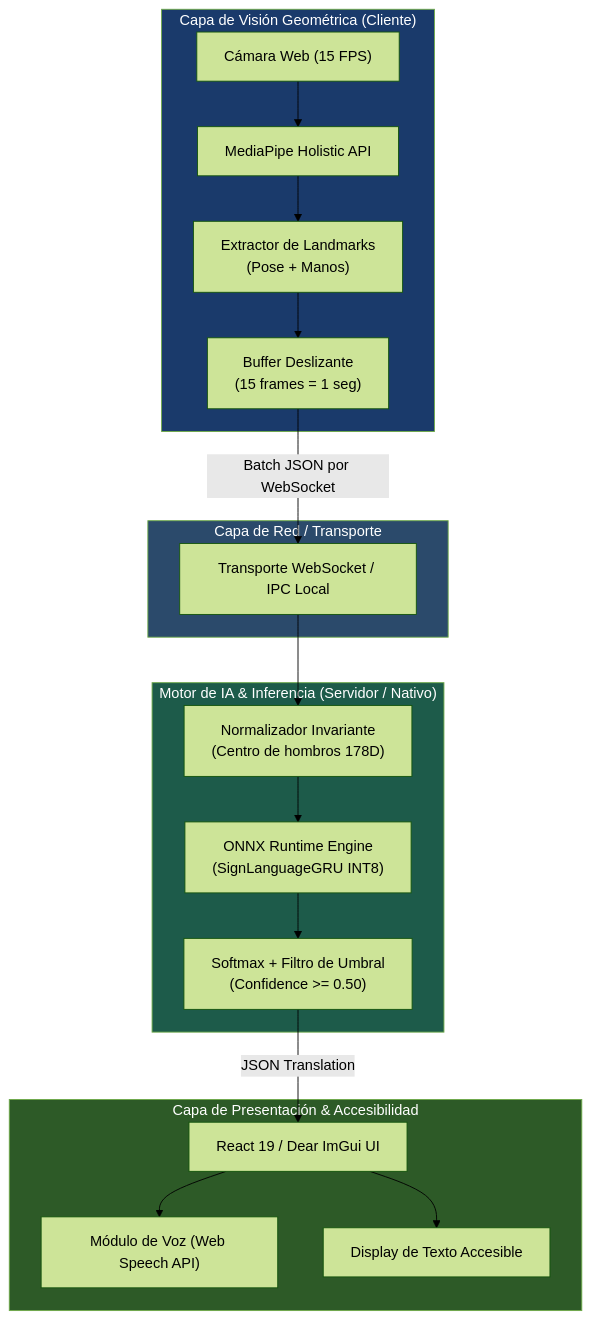
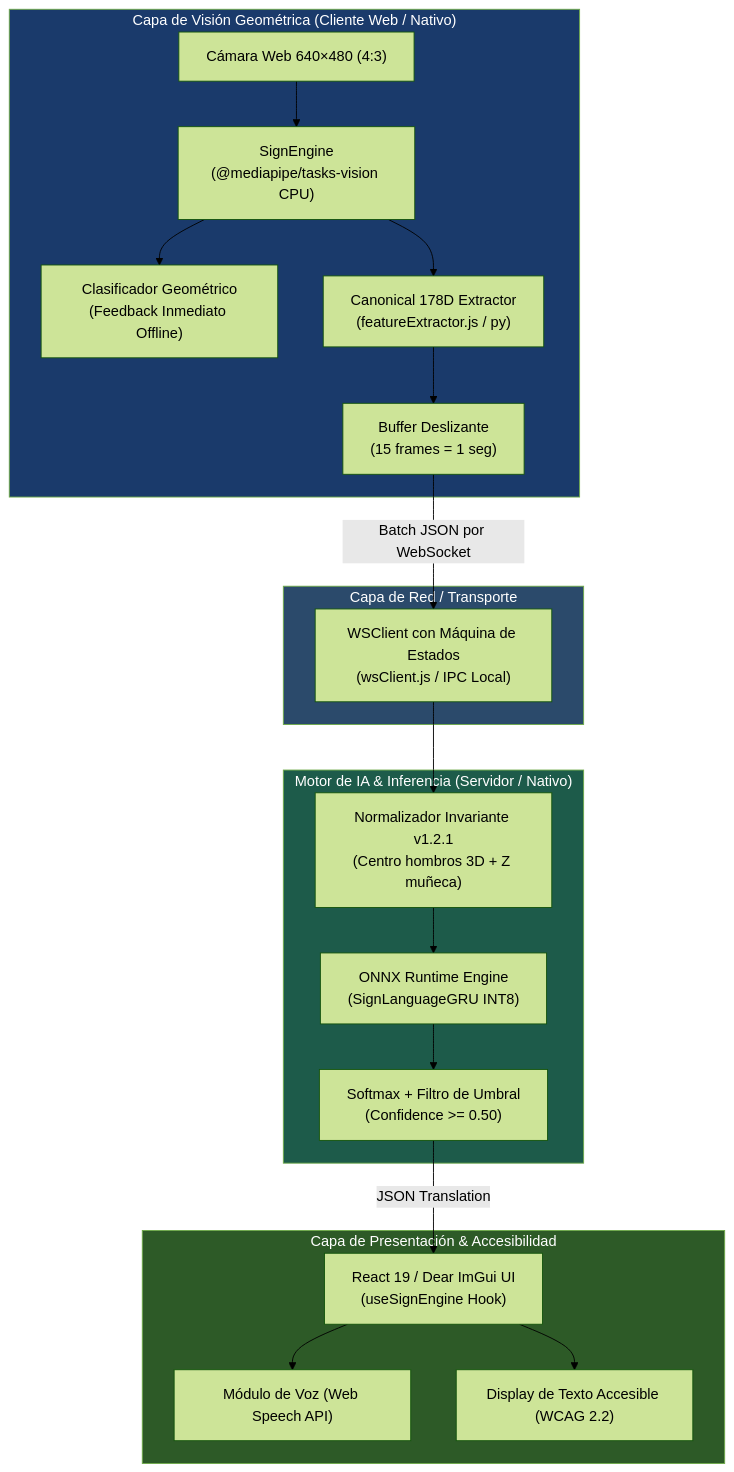
Before and after one commit to Salf423/expresat: the diagram in Obsidian_exp/Caracteristicas.md, drawn with Mermaid (forest theme). The commit also changed other lines of this file and 22 other files, not shown here.

````diff
--- a/Obsidian_exp/Caracteristicas.md
+++ b/Obsidian_exp/Caracteristicas.md
@@ -33,29 +35,30 @@
 ```mermaid
 graph TD
-    subgraph Captura_y_Vision ["Capa de Visión Geométrica (Cliente)"]
-        Cam["Cámara Web (15 FPS)"] --> MP["MediaPipe Holistic API"]
-        MP --> Extractor["Extractor de Landmarks\n(Pose + Manos)"]
+    subgraph Captura_y_Vision ["Capa de Visión Geométrica (Cliente Web / Nativo)"]
+        Cam["Cámara Web 640×480 (4:3)"] --> SE["SignEngine\n(@mediapipe/tasks-vision CPU)"]
+        SE --> Geo["Clasificador Geométrico\n(Feedback Inmediato Offline)"]
+        SE --> Extractor["Canonical 178D Extractor\n(featureExtractor.js / py)"]
         Extractor --> Buffer["Buffer Deslizante\n(15 frames = 1 seg)"]
     end
 
     subgraph Transporte ["Capa de Red / Transporte"]
-        Buffer -->|"Batch JSON por WebSocket"| Net["Transporte WebSocket / IPC Local"]
+        Buffer -->|"Batch JSON por WebSocket"| Net["WSClient con Máquina de Estados\n(wsClient.js / IPC Local)"]
     end
 
     subgraph Procesamiento_IA ["Motor de IA & Inferencia (Servidor / Nativo)"]
-        Net --> Norm["Normalizador Invariante\n(Centro de hombros 178D)"]
+        Net --> Norm["Normalizador Invariante v1.2.1\n(Centro hombros 3D + Z muñeca)"]
         Norm --> ONNX["ONNX Runtime Engine\n(SignLanguageGRU INT8)"]
         ONNX --> Post["Softmax + Filtro de Umbral\n(Confidence >= 0.50)"]
     end
 
     subgraph Presentacion ["Capa de Presentación & Accesibilidad"]
-        Post -->|"JSON Translation"| UI["React 19 / Dear ImGui UI"]
+        Post -->|"JSON Translation"| UI["React 19 / Dear ImGui UI\n(useSignEngine Hook)"]
         UI --> Voice["Módulo de Voz (Web Speech API)"]
-        UI --> Text["Display de Texto Accesible"]
+        UI --> Text["Display de Texto Accesible (WCAG 2.2)"]
     end
 
     style Captura_y_Vision fill:#1a3a6b,color:#fff
     style Transporte fill:#2b4a6b,color:#fff
     style Procesamiento_IA fill:#1d5b4a,color:#fff
     style Presentacion fill:#2d5a27,color:#fff
 ```
````
